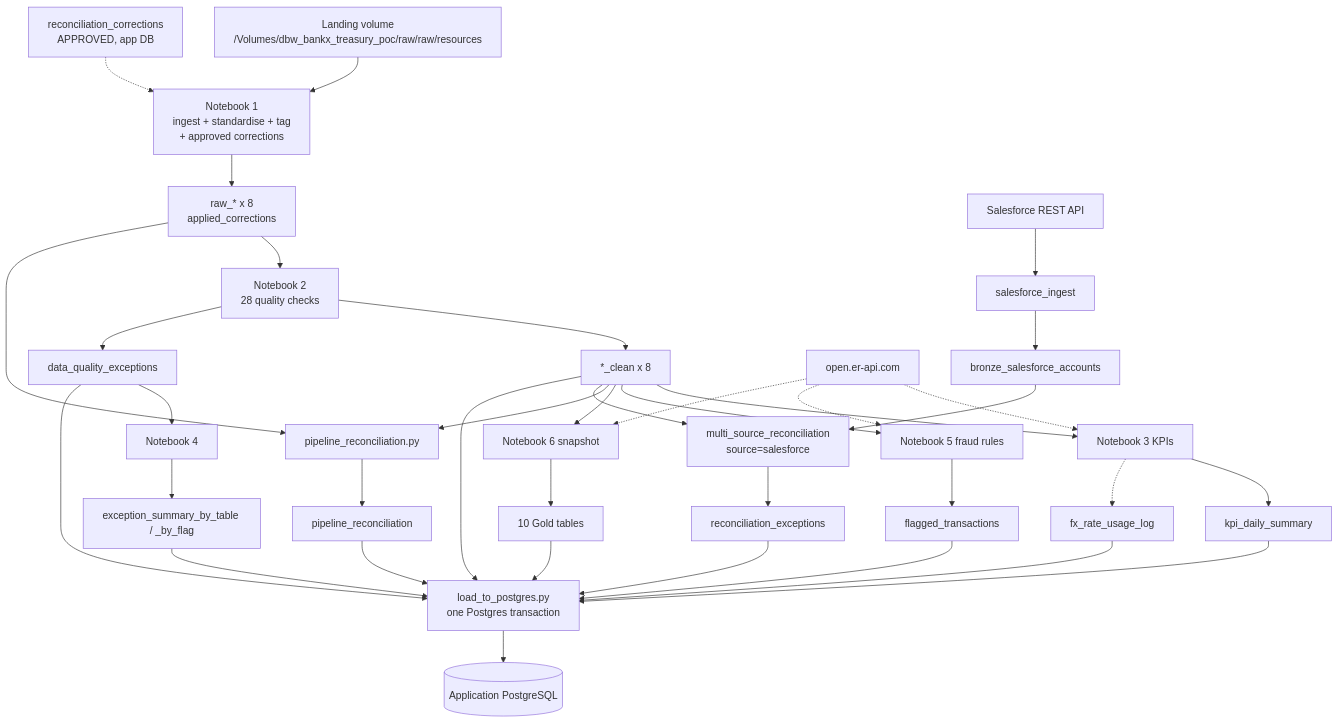
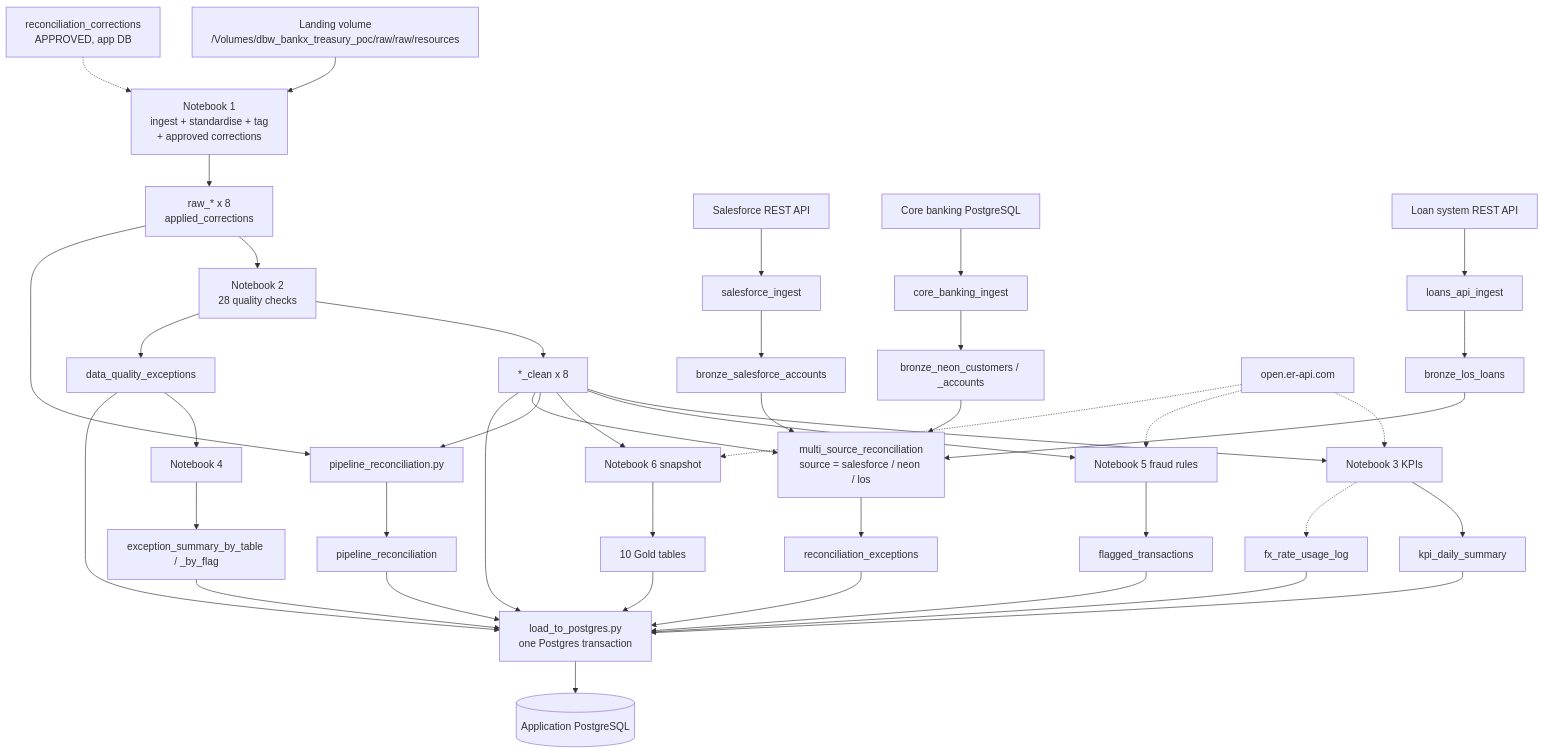
The second of 8 diagrams in project-docs/PLATFORM-TECHNICAL-SPECIFICATION.md (aayaan1999/Multi-Source-Treasury-Data-Reconciliation-Verification-Platform), drawn with Mermaid before and after one commit. The commit also changed other lines of this file, not shown here.

````diff
--- a/project-docs/PLATFORM-TECHNICAL-SPECIFICATION.md
+++ b/project-docs/PLATFORM-TECHNICAL-SPECIFICATION.md
@@ -254,34 +272,38 @@
 ```mermaid
 flowchart TD
   L["Landing volume<br/>/Volumes/dbw_bankx_treasury_poc/raw/raw/resources"] --> N1["Notebook 1<br/>ingest + standardise + tag<br/>+ approved corrections"]
   RC["reconciliation_corrections<br/>APPROVED, app DB"] -.-> N1
   N1 --> RAW["raw_* x 8<br/>applied_corrections"]
   RAW --> N2["Notebook 2<br/>28 quality checks"]
   N2 --> CLEAN["*_clean x 8"]
   N2 --> DQE["data_quality_exceptions"]
   CLEAN --> N3["Notebook 3 KPIs"] --> KPI["kpi_daily_summary"]
   DQE --> N4["Notebook 4"] --> EXS["exception_summary_by_table / _by_flag"]
   CLEAN --> N5["Notebook 5 fraud rules"] --> FT["flagged_transactions"]
   CLEAN --> N6["Notebook 6 snapshot"] --> G6["10 Gold tables"]
   RAW --> PR["pipeline_reconciliation.py"]
   CLEAN --> PR
   PR --> PRT["pipeline_reconciliation"]
   SFAPI["Salesforce REST API"] --> SFI["salesforce_ingest"] --> BSF["bronze_salesforce_accounts"]
-  BSF --> MSR["multi_source_reconciliation<br/>source=salesforce"]
+  COREDB["Core banking PostgreSQL"] --> CBI["core_banking_ingest"] --> BNE["bronze_neon_customers / _accounts"]
+  LOSAPI["Loan system REST API"] --> LAI["loans_api_ingest"] --> BLO["bronze_los_loans"]
+  BSF --> MSR["multi_source_reconciliation<br/>source = salesforce / neon / los"]
+  BNE --> MSR
+  BLO --> MSR
   CLEAN --> MSR
   MSR --> REX["reconciliation_exceptions"]
   FXAPI["open.er-api.com"] -.-> N3
   FXAPI -.-> N5
   FXAPI -.-> N6
   N3 -.-> FXL["fx_rate_usage_log"]
   KPI --> LOAD["load_to_postgres.py<br/>one Postgres transaction"]
   EXS --> LOAD
   FT --> LOAD
   G6 --> LOAD
   PRT --> LOAD
   REX --> LOAD
   CLEAN --> LOAD
   DQE --> LOAD
   FXL --> LOAD
   LOAD --> PG[("Application PostgreSQL")]
 ```
````
